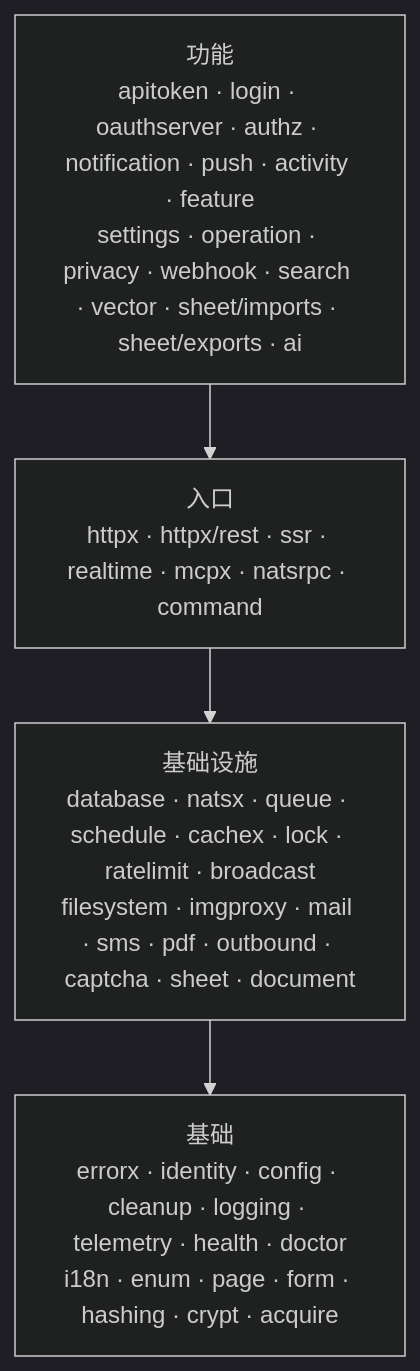
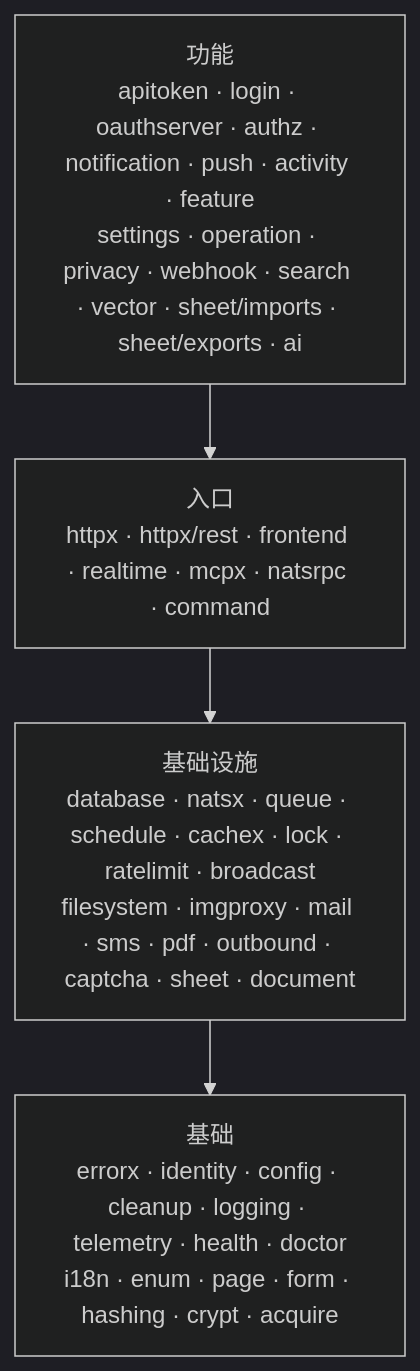
Before and after one commit to go-tenon/tenon: the fourth of 8 diagrams in README.md, drawn with Mermaid (dark theme). The commit also changed other lines of this file and 72 other files, not shown here.

````diff
--- a/README.md
+++ b/README.md
@@ -147,8 +147,8 @@
 ```mermaid
 flowchart TB
   F["功能<br/>apitoken · login · oauthserver · authz · notification · push · activity · feature<br/>settings · operation · privacy · webhook · search · vector · sheet/imports · sheet/exports · ai"]
-  E["入口<br/>httpx · httpx/rest · ssr · realtime · mcpx · natsrpc · command"]
+  E["入口<br/>httpx · httpx/rest · frontend · realtime · mcpx · natsrpc · command"]
   I["基础设施<br/>database · natsx · queue · schedule · cachex · lock · ratelimit · broadcast<br/>filesystem · imgproxy · mail · sms · pdf · outbound · captcha · sheet · document"]
   BASE["基础<br/>errorx · identity · config · cleanup · logging · telemetry · health · doctor<br/>i18n · enum · page · form · hashing · crypt · acquire"]
   F --> E --> I --> BASE
 ```
````
